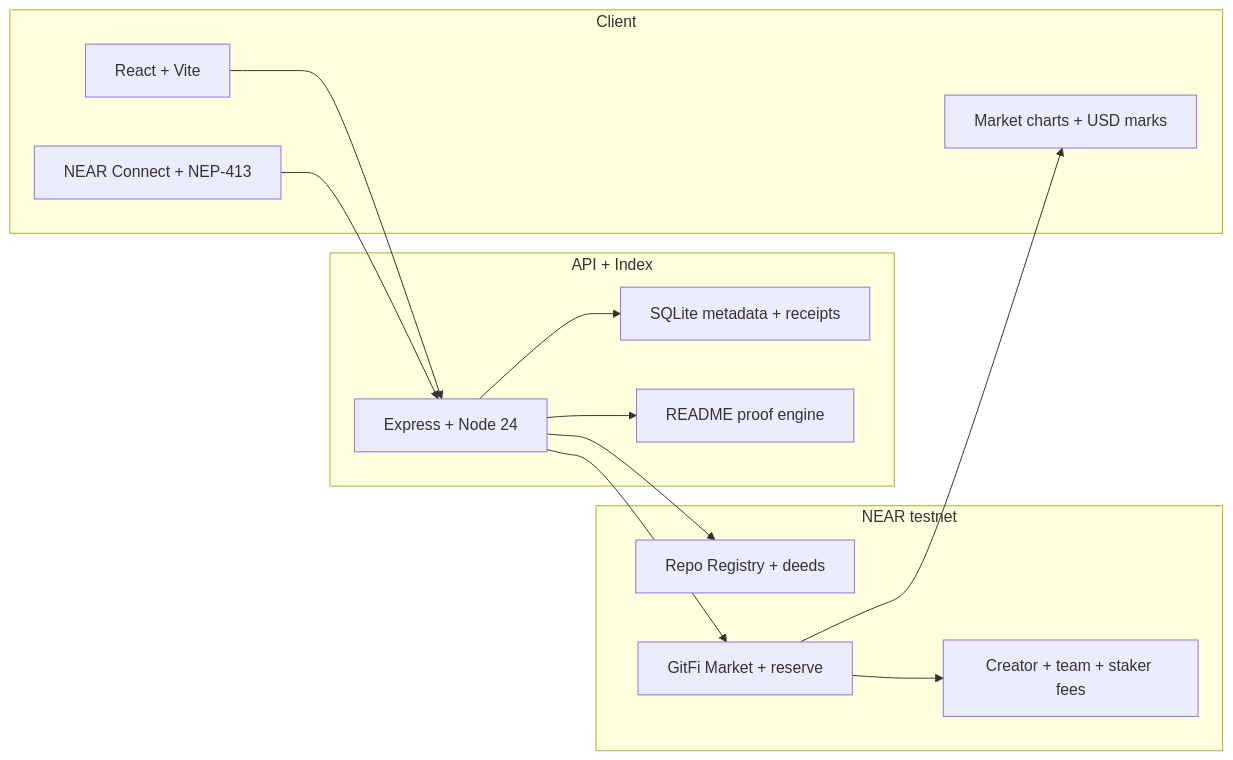
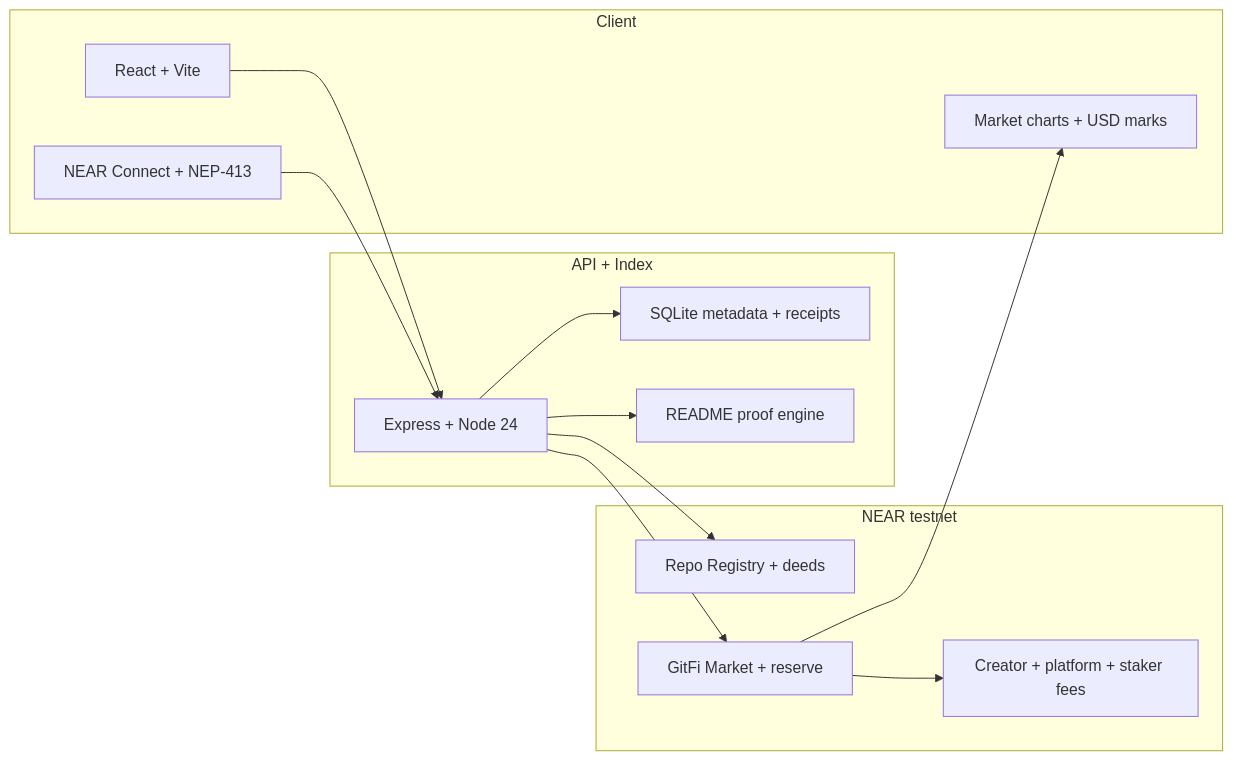
One commit to 0xnurrabby/gitfi changed the diagram in README.md. Above: the diagram before and after it, drawn with Mermaid. The commit also changed other lines of this file and 26 other files, not shown here.

````diff
--- a/README.md
+++ b/README.md
@@ -228,29 +232,29 @@
 ```mermaid
 flowchart LR
   subgraph Client["Client"]
     UI["React + Vite"]
     Wallet["NEAR Connect + NEP-413"]
     Chart["Market charts + USD marks"]
   end
 
   subgraph API["API + Index"]
     Express["Express + Node 24"]
     DB["SQLite metadata + receipts"]
     Proof["README proof engine"]
   end
 
   subgraph NEAR["NEAR testnet"]
     Registry["Repo Registry + deeds"]
     Market["GitFi Market + reserve"]
-    Fees["Creator + team + staker fees"]
+    Fees["Creator + platform + staker fees"]
   end
 
   UI --> Express
   Wallet --> Express
   Express --> Proof
   Express --> DB
   Express --> Registry
   Express --> Market
   Market --> Fees
   Market --> Chart
 ```
````
